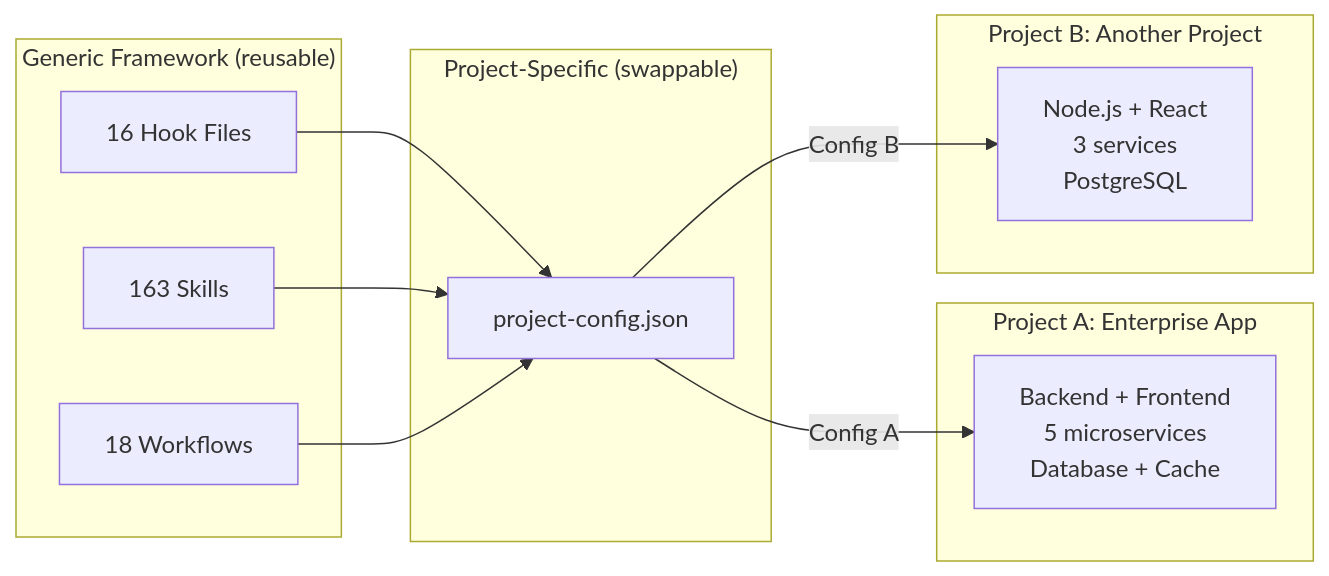
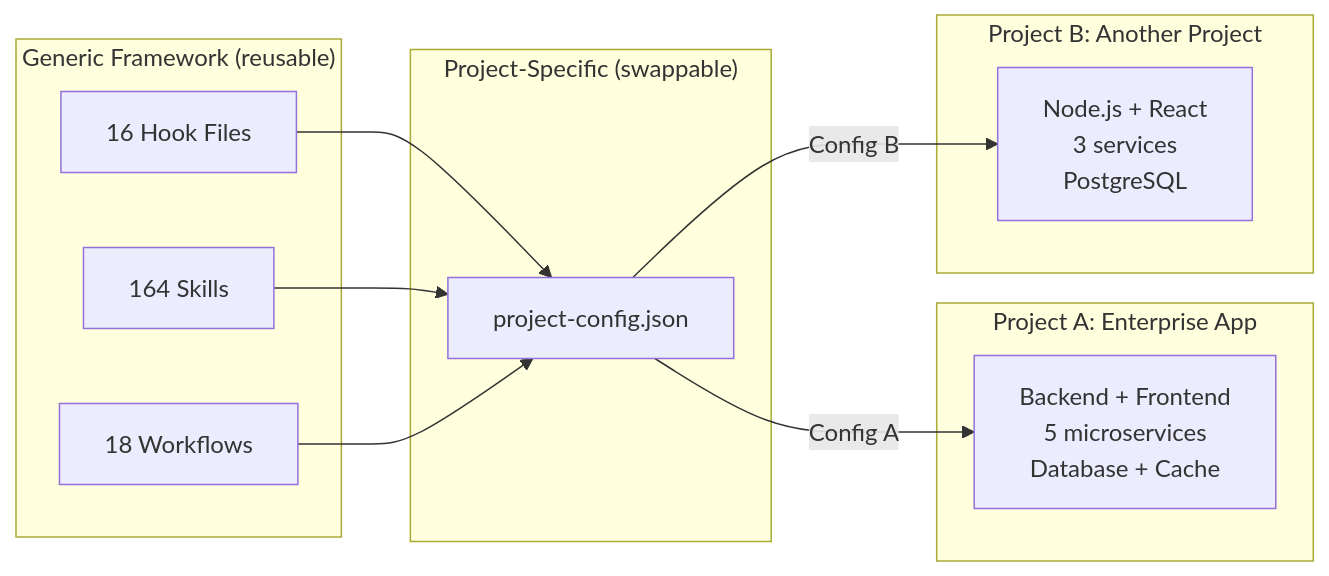
Before and after one commit to duc01226/easy-claude: the eighth of 20 diagrams in .claude/docs/claude-ai-agent-framework-guide.md, drawn with Mermaid. The commit also changed other lines of this file and 261 other files, not shown here.

````diff
--- a/.claude/docs/claude-ai-agent-framework-guide.md
+++ b/.claude/docs/claude-ai-agent-framework-guide.md
@@ -879,24 +879,24 @@
 ```mermaid
 graph LR
     subgraph "Generic Framework (reusable)"
         H[16 Hook Files]
-        S[163 Skills]
+        S[164 Skills]
         W[18 Workflows]
     end
 
     subgraph "Project-Specific (swappable)"
         PC[project-config.json]
     end
 
     subgraph "Project A: Enterprise App"
         PA[Backend + Frontend<br/>5 microservices<br/>Database + Cache]
     end
 
     subgraph "Project B: Another Project"
         PB[Node.js + React<br/>3 services<br/>PostgreSQL]
     end
 
     H & S & W --> PC
     PC -->|Config A| PA
     PC -->|Config B| PB
 ```
````
